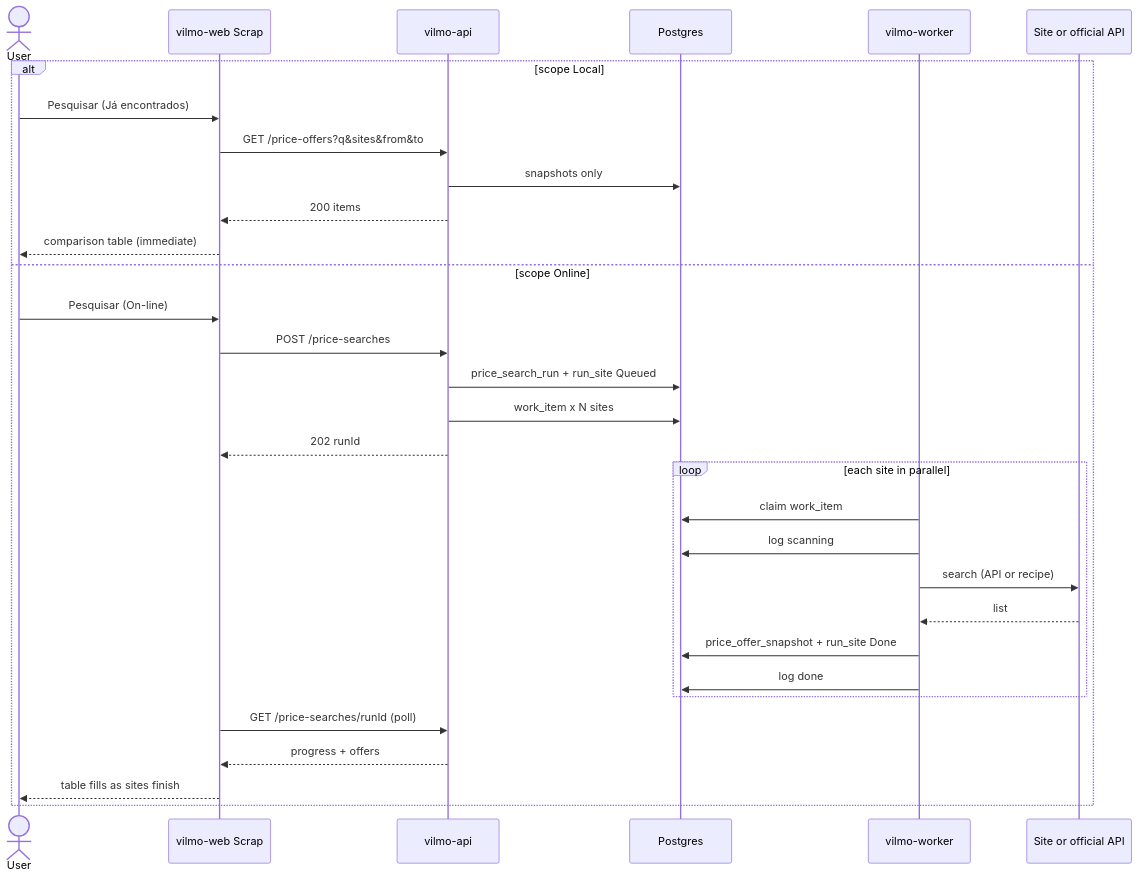
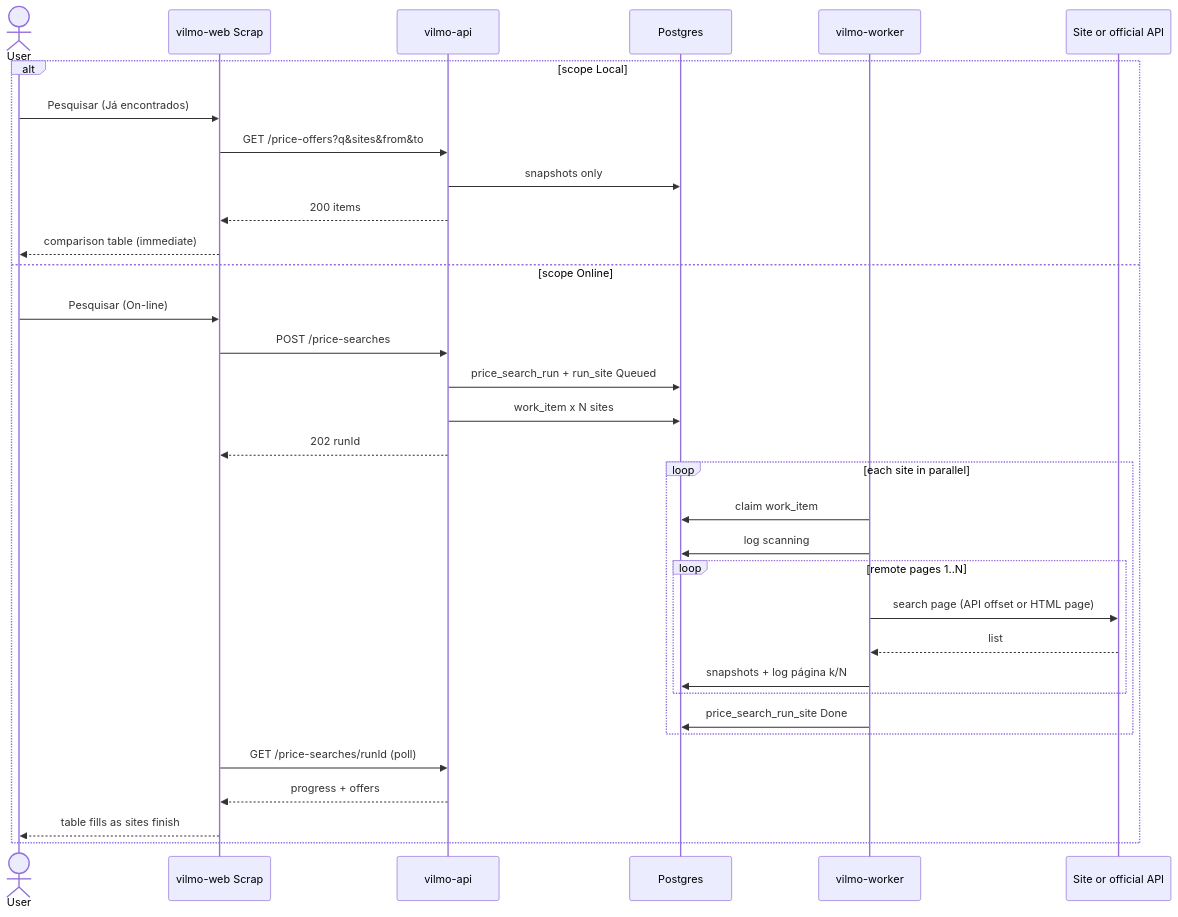
One commit to andrevilmo/VilmoMarketingEngine changed the diagram in MD/PRICE_SEARCH.md. Above: the diagram before and after it, drawn with Mermaid. The commit also changed other lines of this file, not shown here.

First line of the commit message:
Specify live remote pagination and UI table paging for Scrap.

````diff
--- a/MD/PRICE_SEARCH.md
+++ b/MD/PRICE_SEARCH.md
@@ -253,34 +269,36 @@
 ```mermaid
 sequenceDiagram
   actor User
   participant Web as vilmo-web Scrap
   participant Api as vilmo-api
   participant Db as Postgres
   participant W as vilmo-worker
   participant Site as Site or official API
 
   alt scope Local
     User->>Web: Pesquisar (Já encontrados)
     Web->>Api: GET /price-offers?q&sites&from&to
     Api->>Db: snapshots only
     Api-->>Web: 200 items
     Web-->>User: comparison table (immediate)
   else scope Online
     User->>Web: Pesquisar (On-line)
     Web->>Api: POST /price-searches
     Api->>Db: price_search_run + run_site Queued
     Api->>Db: work_item x N sites
     Api-->>Web: 202 runId
     loop each site in parallel
       W->>Db: claim work_item
       W->>Db: log scanning
-      W->>Site: search (API or recipe)
-      Site-->>W: list
-      W->>Db: price_offer_snapshot + run_site Done
-      W->>Db: log done
+      loop remote pages 1..N
+        W->>Site: search page (API offset or HTML page)
+        Site-->>W: list
+        W->>Db: snapshots + log página k/N
+      end
+      W->>Db: price_search_run_site Done
     end
     Web->>Api: GET /price-searches/runId (poll)
     Api-->>Web: progress + offers
     Web-->>User: table fills as sites finish
   end
 ```
````
